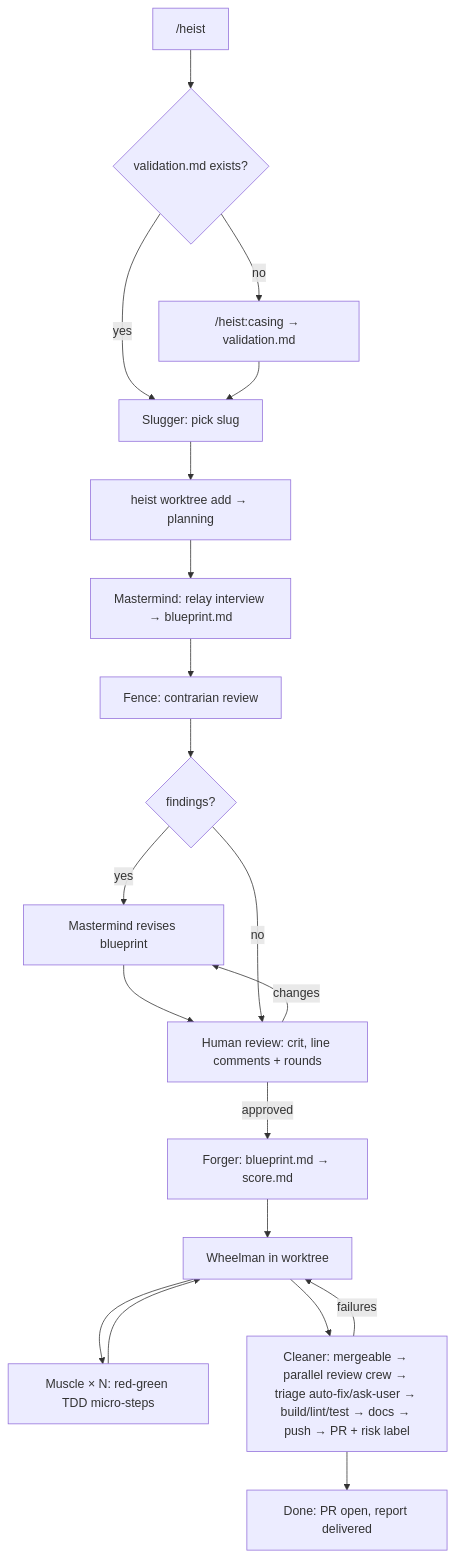
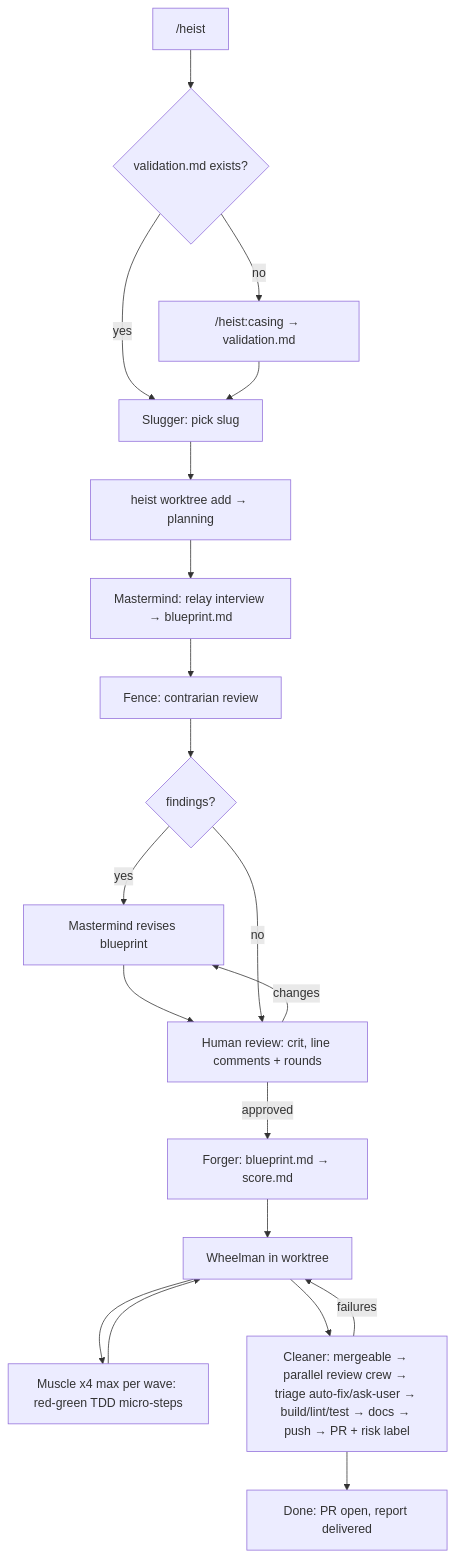
Before and after one commit to GMadorell/heist: the diagram in README.md, drawn with Mermaid. The commit also changed other lines of this file and 16 other files, not shown here.

First line of the commit message:
parallelize wheelman flow: wave-based dispatch (#12)

````diff
--- a/README.md
+++ b/README.md
@@ -24,21 +24,21 @@
 ```mermaid
 flowchart TD
     A["/heist <slug>"] --> B{validation.md exists?}
     B -- no --> C["/heist:casing → validation.md"]
     B -- yes --> S[Slugger: pick slug]
     C --> S
     S --> I["heist worktree add → planning"]
     I --> D[Mastermind: relay interview → blueprint.md]
     D --> E[Fence: contrarian review]
     E --> F{findings?}
     F -- yes --> D2[Mastermind revises blueprint] --> G
     F -- no --> G[Human review: crit, line comments + rounds]
     G -- changes --> D2
     G -- approved --> H[Forger: blueprint.md → score.md]
     H --> J[Wheelman in worktree]
-    J --> K[Muscle × N: red-green TDD micro-steps]
+    J --> K[Muscle x4 max per wave: red-green TDD micro-steps]
     K --> J
     J --> L[Cleaner: mergeable → parallel review crew → triage auto-fix/ask-user → build/lint/test → docs → push → PR + risk label]
     L -- failures --> J
     L --> M[Done: PR open, report delivered]
 ```
````
